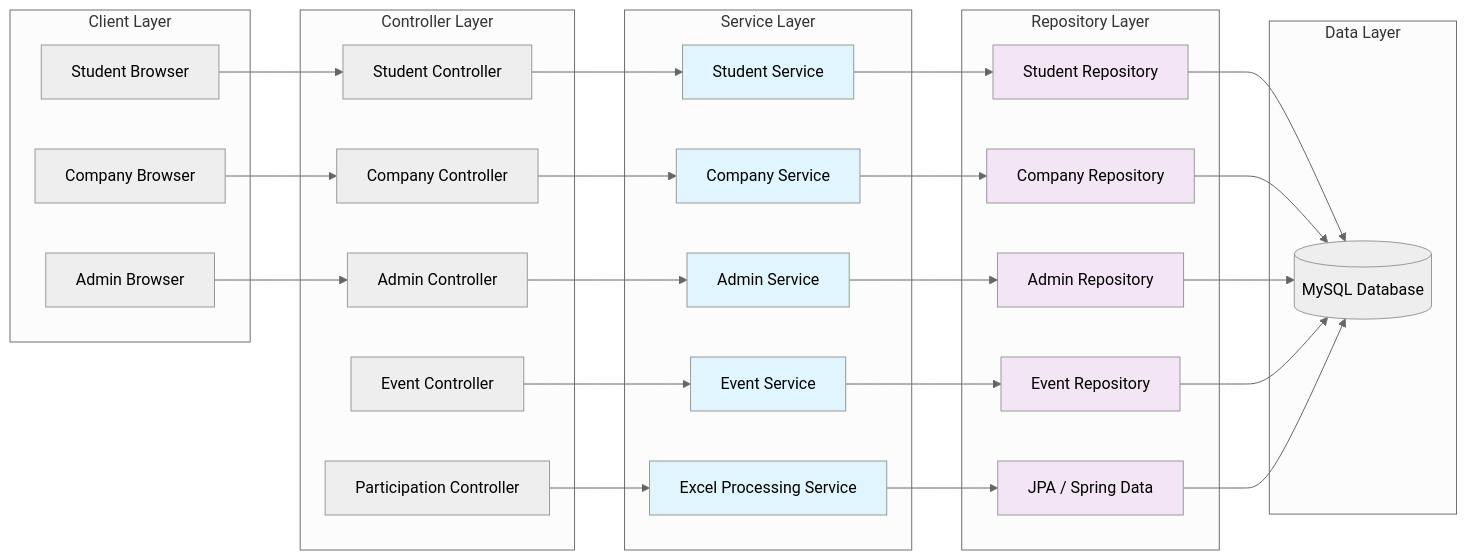
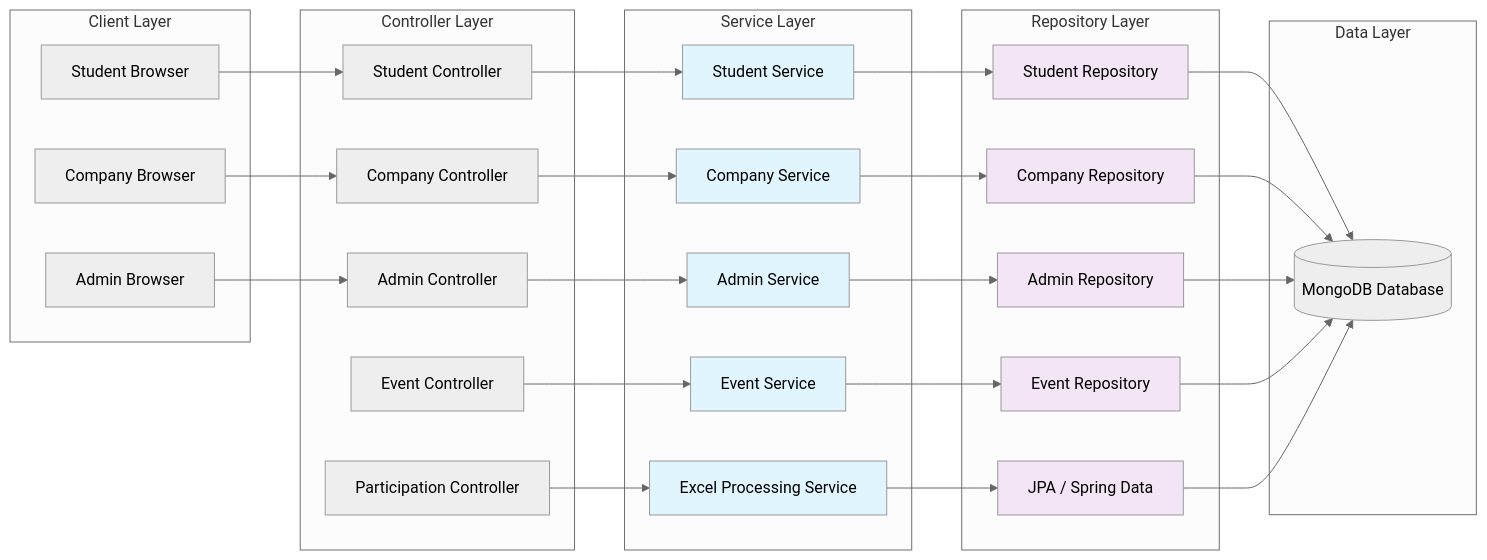
The second of 4 diagrams in README.md (Abhay-k12/Placement-Portal), drawn with Mermaid (neutral theme) before and after one commit. The commit also changed other lines of this file, not shown here.

````diff
--- a/README.md
+++ b/README.md
@@ -141,69 +141,69 @@
 ```mermaid
 graph LR
     subgraph "Client Layer"
         A[Student Browser]
         B[Company Browser]
         C[Admin Browser]
     end
     
     subgraph "Controller Layer"
         D[Student Controller]
         E[Company Controller]
         F[Admin Controller]
         G[Event Controller]
         H[Participation Controller]
     end
     
     subgraph "Service Layer"
         I[Student Service]
         J[Company Service]
         K[Admin Service]
         L[Event Service]
         M[Excel Processing Service]
     end
     
     subgraph "Repository Layer"
         N[Student Repository]
         O[Company Repository]
         P[Admin Repository]
         Q[Event Repository]
         R[JPA / Spring Data]
     end
     
     subgraph "Data Layer"
-        S[(MySQL Database)]
+        S[(MongoDB Database)]
     end
     
     A --> D
     B --> E
     C --> F
     
     D --> I
     E --> J
     F --> K
     G --> L
     H --> M
     
     I --> N
     J --> O
     K --> P
     L --> Q
     M --> R
     
     N --> S
     O --> S
     P --> S
     Q --> S
     R --> S
     
     style I fill:#e1f5fe
     style J fill:#e1f5fe
     style K fill:#e1f5fe
     style L fill:#e1f5fe
     style M fill:#e1f5fe
     style N fill:#f3e5f5
     style O fill:#f3e5f5
     style P fill:#f3e5f5
     style Q fill:#f3e5f5
     style R fill:#f3e5f5
 ```
````
